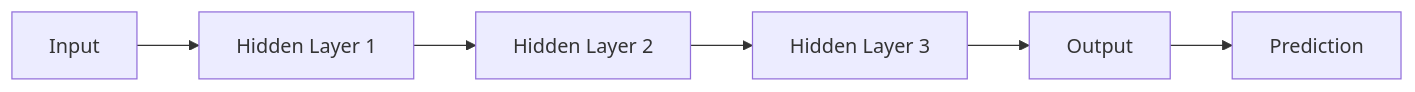
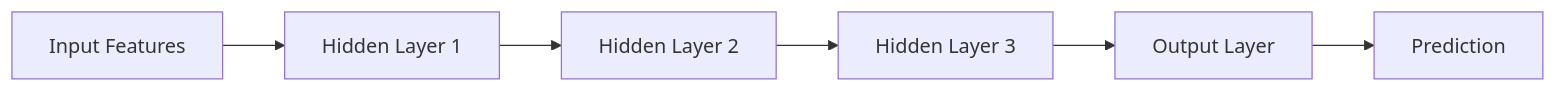
Before and after one commit to swapnil3104/deep-learning-journey: the first of 10 diagrams in 07_Vanishing Gradient Problem in ANN/README.md, drawn with Mermaid. The commit also changed other lines of this file and 1 other file, not shown here.

````diff
--- a/07_Vanishing Gradient Problem in ANN/README.md
+++ b/07_Vanishing Gradient Problem in ANN/README.md
@@ -135,8 +90,8 @@
 ``` mermaid
 flowchart LR
-    A[Input] --> B[Hidden Layer 1]
-    B --> C[Hidden Layer 2]
-    C --> D[Hidden Layer 3]
-    D --> E[Output]
-    E --> F[Prediction]
+    A["Input Features"] --> B["Hidden Layer 1"]
+    B --> C["Hidden Layer 2"]
+    C --> D["Hidden Layer 3"]
+    D --> E["Output Layer"]
+    E --> F["Prediction"]
 ```
````
